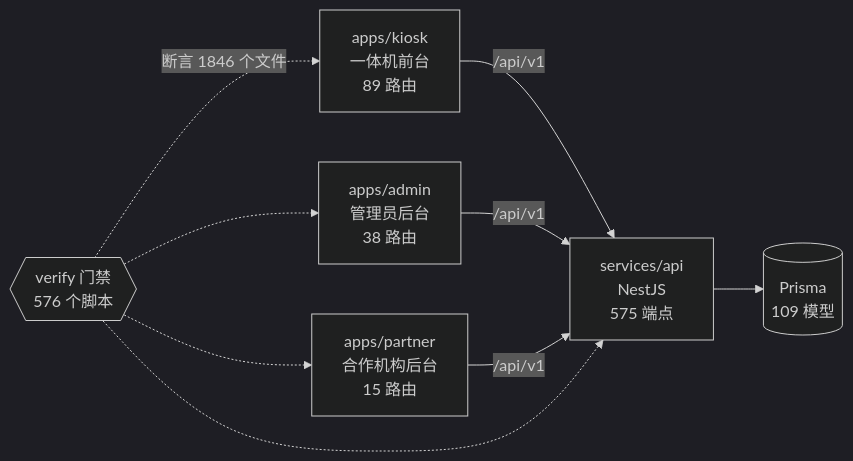
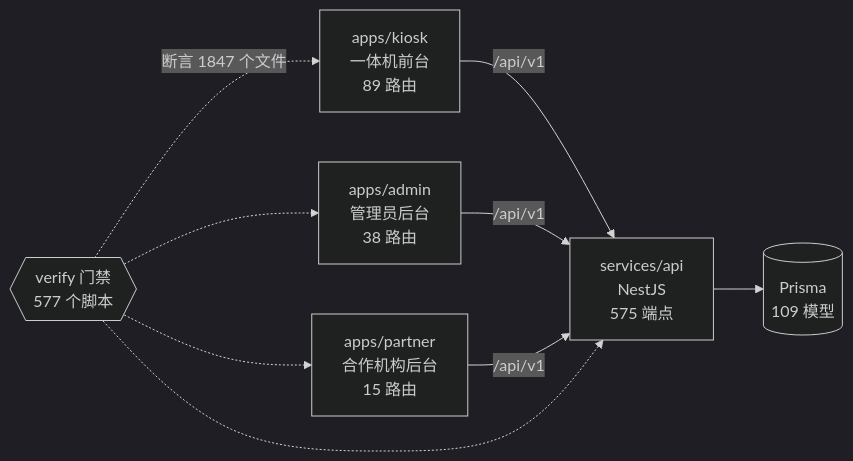
Before and after one commit to wanglei581/YITIJI: the diagram in docs/graph/README.md, drawn with Mermaid (dark theme). The commit also changed other lines of this file and 4 other files, not shown here.

````diff
--- a/docs/graph/README.md
+++ b/docs/graph/README.md
@@ -68,18 +68,18 @@
 ```mermaid
 flowchart LR
   kiosk["apps/kiosk<br/>一体机前台<br/>89 路由"]
   admin["apps/admin<br/>管理员后台<br/>38 路由"]
   partner["apps/partner<br/>合作机构后台<br/>15 路由"]
   api["services/api<br/>NestJS<br/>575 端点"]
   db[("Prisma<br/>109 模型")]
-  gates{{"verify 门禁<br/>576 个脚本"}}
+  gates{{"verify 门禁<br/>577 个脚本"}}
 
   kiosk -->|"/api/v1"| api
   admin -->|"/api/v1"| api
   partner -->|"/api/v1"| api
   api --> db
-  gates -.->|"断言 1846 个文件"| kiosk
+  gates -.->|"断言 1847 个文件"| kiosk
   gates -.-> admin
   gates -.-> partner
   gates -.-> api
 ```
````
